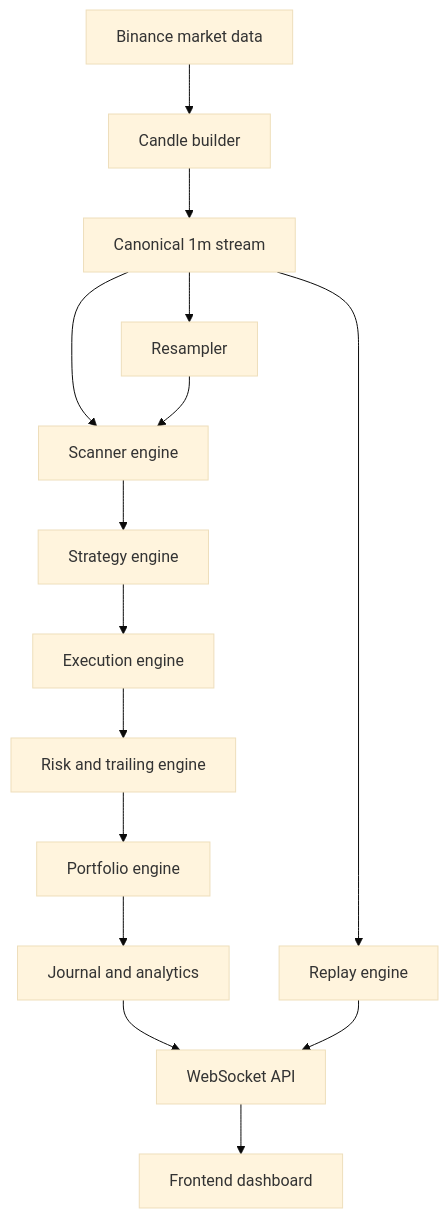
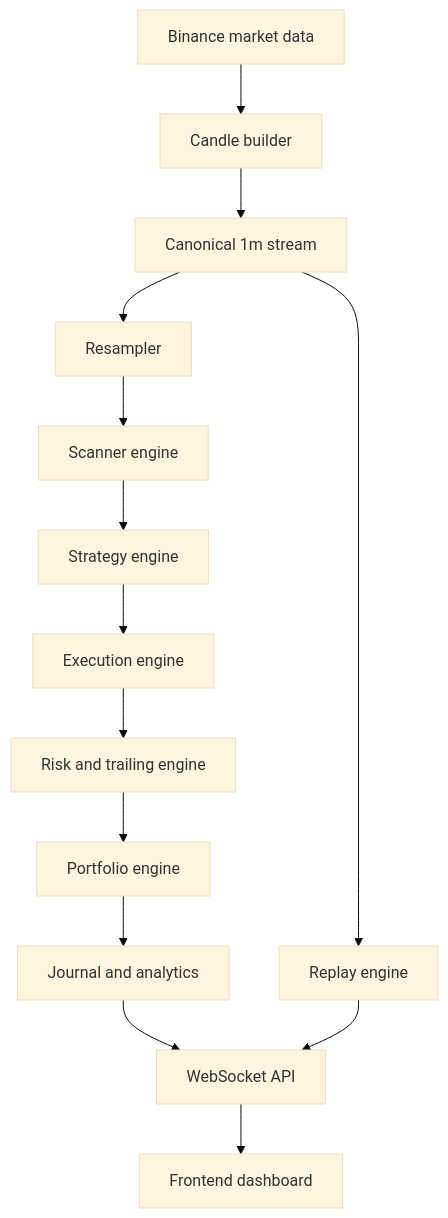
The first of 4 diagrams in README.md (nneupane1/SCALPING-SYSTEM), drawn with Mermaid (base theme) before and after one commit. The commit also changed other lines of this file, not shown here.

Commit message:
Make README mermaid diagrams vertical

````diff
--- a/README.md
+++ b/README.md
@@ -157,17 +157,17 @@
 ```mermaid
-flowchart TD
-    A[Binance market data] --> B[Candle builder]
+flowchart TB
+    A[Binance market data]
+    A --> B[Candle builder]
     B --> C[Canonical 1m stream]
     C --> D[Resampler]
-    C --> E[Scanner engine]
-    D --> E
+    D --> E[Scanner engine]
     E --> F[Strategy engine]
     F --> G[Execution engine]
     G --> H[Risk and trailing engine]
     H --> I[Portfolio engine]
     I --> J[Journal and analytics]
     C --> K[Replay engine]
     J --> L[WebSocket API]
     K --> L
     L --> M[Frontend dashboard]
 ```
````
